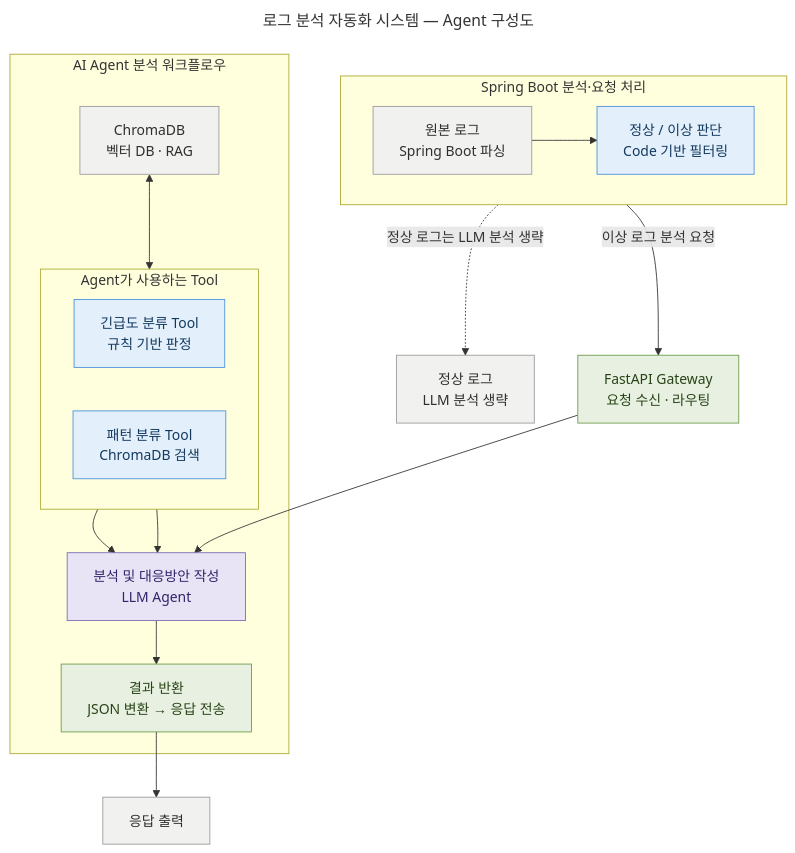
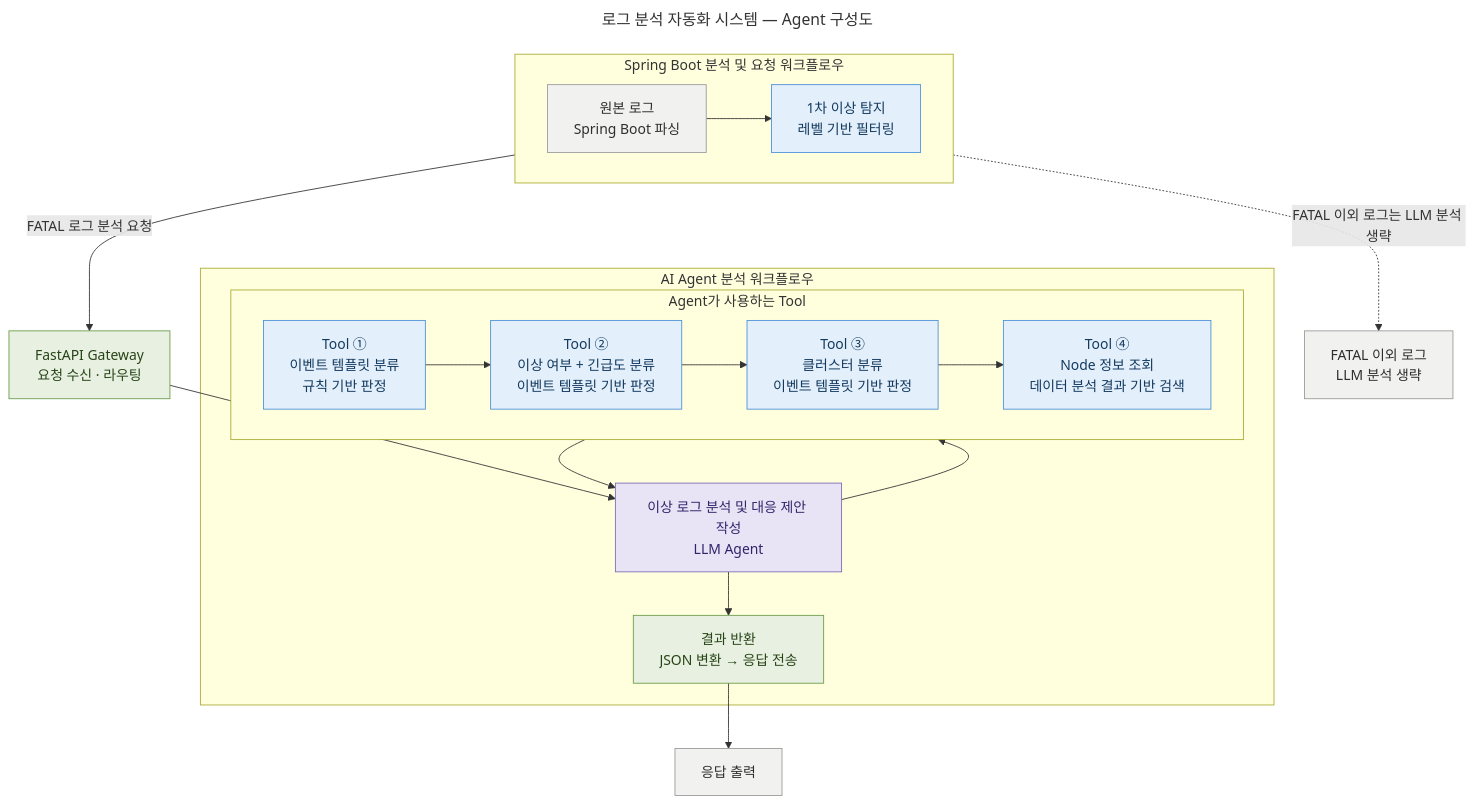
Before and after one commit to KT-AX-ICT/chok-ai-backend: the diagram in .agents/ArchetectureGuide.md, drawn with Mermaid. The commit also changed other lines of this file and 5 other files, not shown here.

````diff
--- a/.agents/ArchetectureGuide.md
+++ b/.agents/ArchetectureGuide.md
@@ -3,45 +6,46 @@
 ```mermaid
 ---
 title: 로그 분석 자동화 시스템 — Agent 구성도
 ---
 flowchart TB
-    subgraph SB["Spring Boot 분석·요청 처리"]
+    subgraph SB["Spring Boot 분석 및 요청 워크플로우"]
         direction LR
         RAW["원본 로그<br/>Spring Boot 파싱"]
-        FILTER["정상 / 이상 판단<br/>Code 기반 필터링"]
+        FILTER["1차 이상 탐지<br/>레벨 기반 필터링"]
         RAW --> FILTER
     end
 
     GW["FastAPI Gateway<br/>요청 수신 · 라우팅"]
-    SKIP["정상 로그<br/>LLM 분석 생략"]
+    SKIP["FATAL 이외 로그<br/>LLM 분석 생략"]
 
     subgraph AI["AI Agent 분석 워크플로우"]
-        AGENT["분석 및 대응방안 작성<br/>LLM Agent"]
+        AGENT["이상 로그 분석 및 대응 제안 작성<br/>LLM Agent"]
         RESULT["결과 반환<br/>JSON 변환 → 응답 전송"]
-        CHROMA["ChromaDB<br/>벡터 DB · RAG"]
         subgraph TOOLS["Agent가 사용하는 Tool"]
             direction LR
-            URGENCY["긴급도 분류 Tool<br/>규칙 기반 판정"]
-            PATTERN["패턴 분류 Tool<br/>ChromaDB 검색"]
+            T1["Tool ①<br/>이벤트 템플릿 분류<br/>규칙 기반 판정"]
+            T2["Tool ②<br/>이상 여부 + 긴급도 분류<br/>이벤트 템플릿 기반 판정"]
+            T3["Tool ③<br/>클러스터 분류<br/>이벤트 템플릿 기반 판정"]
+            T4["Tool ④<br/>Node 정보 조회<br/>데이터 분석 결과 기반 검색"]
+            T1 --> T2 --> T3 --> T4
         end
-        URGENCY --> AGENT
-        PATTERN --> AGENT
-        CHROMA <--> PATTERN
+        AGENT --> TOOLS
+        TOOLS --> AGENT
         AGENT --> RESULT
     end
 
-    FILTER -. 정상 로그는 LLM 분석 생략 .-> SKIP
-    FILTER -- 이상 로그 분석 요청 --> GW
+    FILTER -. FATAL 이외 로그는 LLM 분석 생략 .-> SKIP
+    FILTER -- FATAL 로그 분석 요청 --> GW
     GW --> AGENT
     RESULT --> OUT["응답 출력"]
 
     classDef tool fill:#e3f0fb,stroke:#4a90d9,color:#13395f
     classDef agent fill:#e8e4f5,stroke:#7b6bb5,color:#34256b
     classDef gateway fill:#e7f0e1,stroke:#6b9b4a,color:#284417
     classDef neutral fill:#f1f1ef,stroke:#9a9a9a,color:#2f2f2f
 
-    class FILTER,URGENCY,PATTERN tool
+    class FILTER,T1,T2,T3,T4 tool
     class AGENT agent
     class GW,RESULT gateway
-    class RAW,CHROMA,SKIP,OUT neutral
+    class RAW,SKIP,OUT neutral
 ```
````
